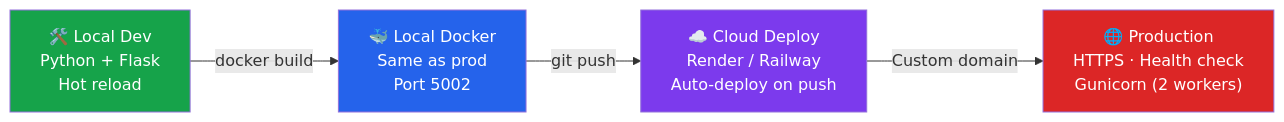
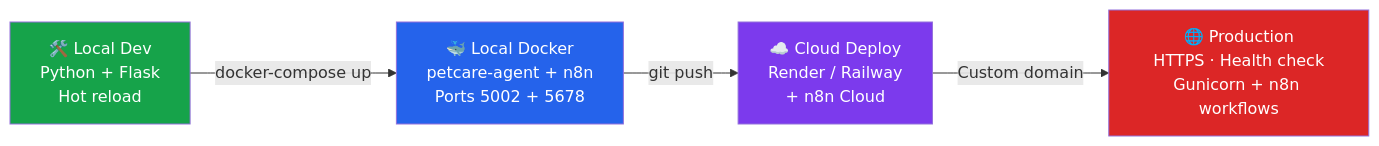
One commit to FergieFeng/resume-alignment-engine changed the fourth of 4 diagrams in README.md. Above: the diagram before and after it, drawn with Mermaid. The commit also changed other lines of this file and 4 other files, not shown here.

````diff
--- a/README.md
+++ b/README.md
@@ -218,11 +244,11 @@
 ```mermaid
 graph LR
-    DEV["🛠️ Local Dev<br/>Python + Flask<br/>Hot reload"] -->|"docker build"| DOCKER_LOCAL["🐳 Local Docker<br/>Same as prod<br/>Port 5002"]
-    DOCKER_LOCAL -->|"git push"| CLOUD["☁️ Cloud Deploy<br/>Render / Railway<br/>Auto-deploy on push"]
-    CLOUD -->|"Custom domain"| PROD["🌐 Production<br/>HTTPS · Health check<br/>Gunicorn (2 workers)"]
+    DEV["🛠️ Local Dev<br/>Python + Flask<br/>Hot reload"] -->|"docker-compose up"| DOCKER_LOCAL["🐳 Local Docker<br/>petcare-agent + n8n<br/>Ports 5002 + 5678"]
+    DOCKER_LOCAL -->|"git push"| CLOUD["☁️ Cloud Deploy<br/>Render / Railway<br/>+ n8n Cloud"]
+    CLOUD -->|"Custom domain"| PROD["🌐 Production<br/>HTTPS · Health check<br/>Gunicorn + n8n workflows"]
 
     style DEV fill:#16a34a,color:#fff
     style DOCKER_LOCAL fill:#2563eb,color:#fff
     style CLOUD fill:#7c3aed,color:#fff
     style PROD fill:#dc2626,color:#fff
 ```
````
